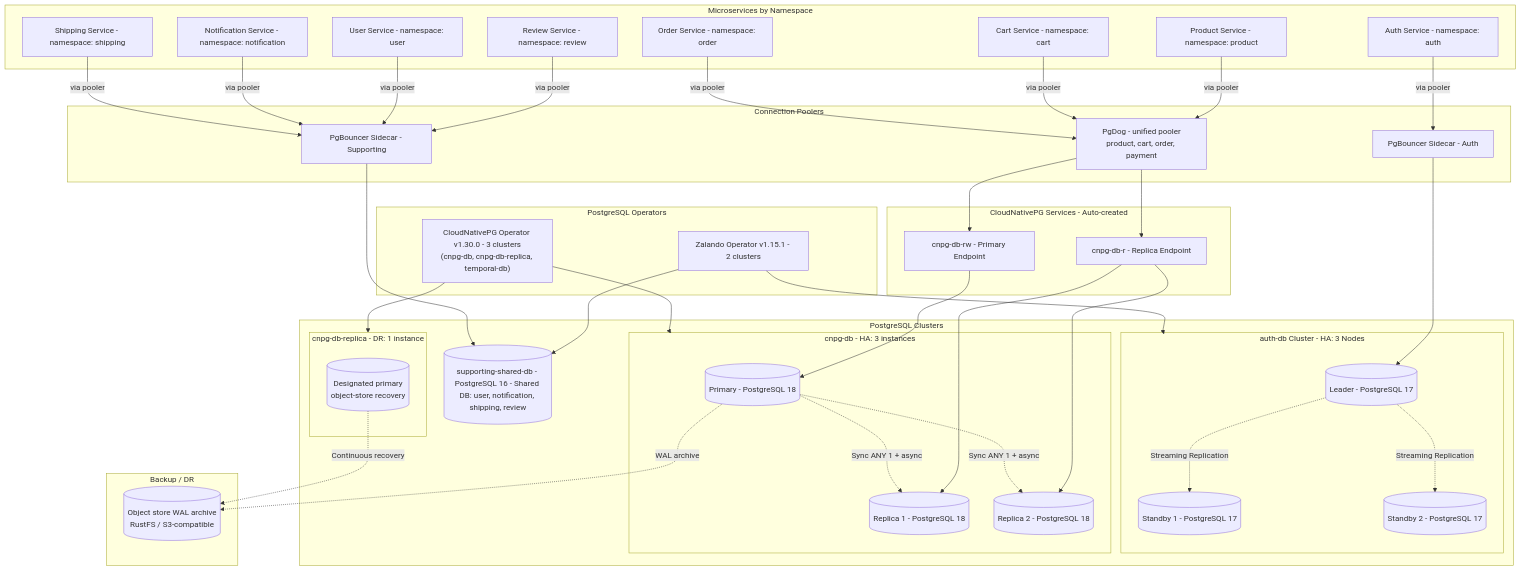
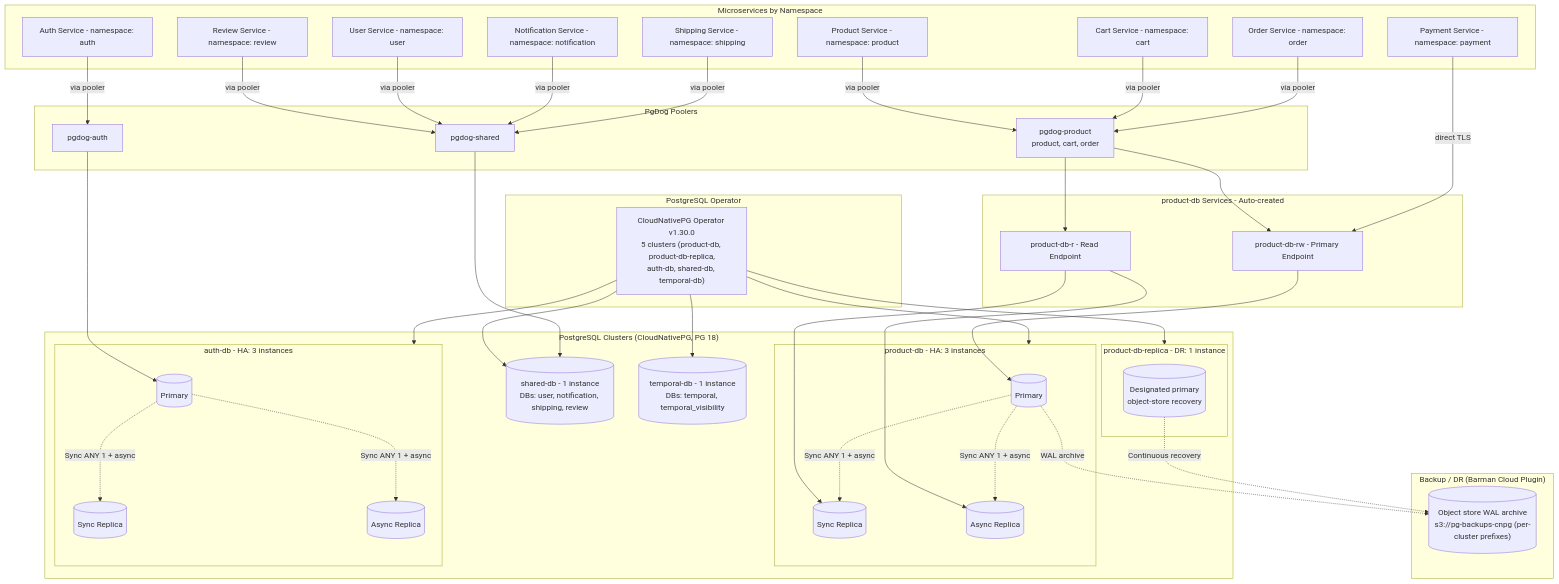
Before and after one commit to duynhlab/homelab: the diagram in docs/databases/002-database-integration.md, drawn with Mermaid. The commit also changed other lines of this file and 243 other files, not shown here.

````diff
--- a/docs/databases/002-database-integration.md
+++ b/docs/databases/002-database-integration.md
@@ -32,82 +47,85 @@
 ```mermaid
 flowchart TB
-    subgraph Operators["PostgreSQL Operators"]
-        Zalando["Zalando Operator v1.15.1 - 2 clusters"]
-        CloudNativePG["CloudNativePG Operator v1.30.0 - 3 clusters<br/>(cnpg-db, cnpg-db-replica, temporal-db)"]
+    subgraph Operator["PostgreSQL Operator"]
+        CloudNativePG["CloudNativePG Operator v1.30.0<br/>5 clusters (product-db, product-db-replica,<br/>auth-db, shared-db, temporal-db)"]
     end
-    
+
     subgraph Services["Microservices by Namespace"]
         AuthSvc["Auth Service - namespace: auth"]
         ProductSvc["Product Service - namespace: product"]
         CartSvc["Cart Service - namespace: cart"]
         OrderSvc["Order Service - namespace: order"]
+        PaymentSvc["Payment Service - namespace: payment"]
         ReviewSvc["Review Service - namespace: review"]
         UserSvc["User Service - namespace: user"]
         NotificationSvc["Notification Service - namespace: notification"]
         ShippingSvc["Shipping Service - namespace: shipping"]
     end
-    
-    subgraph Poolers["Connection Poolers"]
-        PgBouncerAuth["PgBouncer Sidecar - Auth"]
-        PgBouncerSupporting["PgBouncer Sidecar - Supporting"]
-        PgDogCNPG["PgDog - unified pooler<br/>product, cart, order, payment"]
+
+    subgraph Poolers["PgDog Poolers"]
+        PgDogAuth["pgdog-auth"]
+        PgDogShared["pgdog-shared"]
+        PgDogProduct["pgdog-product<br/>product, cart, order"]
     end
-    
-    subgraph Clusters["PostgreSQL Clusters"]
-        subgraph AuthDBCluster["auth-db Cluster - HA: 3 Nodes"]
-            AuthLeader[("Leader - PostgreSQL 17")]
-            AuthStandby1[("Standby 1 - PostgreSQL 17")]
-            AuthStandby2[("Standby 2 - PostgreSQL 17")]
+
+    subgraph Clusters["PostgreSQL Clusters (CloudNativePG, PG 18)"]
+        subgraph ProductCluster["product-db - HA: 3 instances"]
+            ProductPrimary[("Primary")]
+            ProductReplica1[("Sync Replica")]
+            ProductReplica2[("Async Replica")]
         end
-        
-        subgraph CnpgPrimary["cnpg-db - HA: 3 instances"]
-            CnpgPrimaryNode[("Primary - PostgreSQL 18")]
-            CnpgReplica1[("Replica 1 - PostgreSQL 18")]
-            CnpgReplica2[("Replica 2 - PostgreSQL 18")]
+
+        subgraph ProductDR["product-db-replica - DR: 1 instance"]
+            ProductDRNode[("Designated primary<br/>object-store recovery")]
         end
-        
-        subgraph CnpgDR["cnpg-db-replica - DR: 1 instance"]
-            CnpgDRNode[("Designated primary<br/>object-store recovery")]
+
+        subgraph AuthCluster["auth-db - HA: 3 instances"]
+            AuthPrimary[("Primary")]
+            AuthReplica1[("Sync Replica")]
+            AuthReplica2[("Async Replica")]
         end
-        
-        SupportingDB[("supporting-shared-db - PostgreSQL 16 - Shared DB: user, notification, shipping, review")]
+
+        SharedDB[("shared-db - 1 instance<br/>DBs: user, notification, shipping, review")]
+        TemporalDB[("temporal-db - 1 instance<br/>DBs: temporal, temporal_visibility")]
     end
-    
-    subgraph ObjectStore["Backup / DR"]
-        RustFS[("Object store WAL archive<br/>RustFS / S3-compatible")]
+
+    subgraph ObjectStore["Backup / DR (Barman Cloud Plugin)"]
+        Bucket[("Object store WAL archive<br/>s3://pg-backups-cnpg (per-cluster prefixes)")]
     end
-    
-    subgraph CloudNativePGSvc["CloudNativePG Services - Auto-created"]
-        CnpgRW["cnpg-db-rw - Primary Endpoint"]
-        CnpgR["cnpg-db-r - Replica Endpoint"]
+
+    subgraph ProductSvcEP["product-db Services - Auto-created"]
+        ProductRW["product-db-rw - Primary Endpoint"]
+        ProductR["product-db-r - Read Endpoint"]
     end
-    
-    Zalando --> AuthDBCluster
-    Zalando --> SupportingDB
-    CloudNativePG --> CnpgPrimary
-    CloudNativePG --> CnpgDR
-    
-    CnpgRW --> CnpgPrimaryNode
-    CnpgR --> CnpgReplica1
-    CnpgR --> CnpgReplica2
-    
-    AuthSvc -->|via pooler| PgBouncerAuth
-    PgBouncerAuth --> AuthLeader
-    ProductSvc -->|via pooler| PgDogCNPG
-    CartSvc -->|via pooler| PgDogCNPG
-    OrderSvc -->|via pooler| PgDogCNPG
-    PgDogCNPG --> CnpgRW
-    PgDogCNPG --> CnpgR
-    ReviewSvc -->|via pooler| PgBouncerSupporting
-    UserSvc -->|via pooler| PgBouncerSupporting
-    NotificationSvc -->|via pooler| PgBouncerSupporting
-    ShippingSvc -->|via pooler| PgBouncerSupporting
-    PgBouncerSupporting --> SupportingDB
-    
-    AuthLeader -.->|Streaming Replication| AuthStandby1
-    AuthLeader -.->|Streaming Replication| AuthStandby2
-    CnpgPrimaryNode -.->|Sync ANY 1 + async| CnpgReplica1
-    CnpgPrimaryNode -.->|Sync ANY 1 + async| CnpgReplica2
-    CnpgPrimaryNode -.->|WAL archive| RustFS
-    CnpgDRNode -.->|Continuous recovery| RustFS
+
+    CloudNativePG --> ProductCluster
+    CloudNativePG --> ProductDR
+    CloudNativePG --> AuthCluster
+    CloudNativePG --> SharedDB
+    CloudNativePG --> TemporalDB
+
+    ProductRW --> ProductPrimary
+    ProductR --> ProductReplica1
+    ProductR --> ProductReplica2
+
+    AuthSvc -->|via pooler| PgDogAuth
+    PgDogAuth --> AuthPrimary
+    ProductSvc -->|via pooler| PgDogProduct
+    CartSvc -->|via pooler| PgDogProduct
+    OrderSvc -->|via pooler| PgDogProduct
+    PgDogProduct --> ProductRW
+    PgDogProduct --> ProductR
+    PaymentSvc -->|direct TLS| ProductRW
+    ReviewSvc -->|via pooler| PgDogShared
+    UserSvc -->|via pooler| PgDogShared
+    NotificationSvc -->|via pooler| PgDogShared
+    ShippingSvc -->|via pooler| PgDogShared
+    PgDogShared --> SharedDB
+
+    AuthPrimary -.->|Sync ANY 1 + async| AuthReplica1
+    AuthPrimary -.->|Sync ANY 1 + async| AuthReplica2
+    ProductPrimary -.->|Sync ANY 1 + async| ProductReplica1
+    ProductPrimary -.->|Sync ANY 1 + async| ProductReplica2
+    ProductPrimary -.->|WAL archive| Bucket
+    ProductDRNode -.->|Continuous recovery| Bucket
 ```
````
